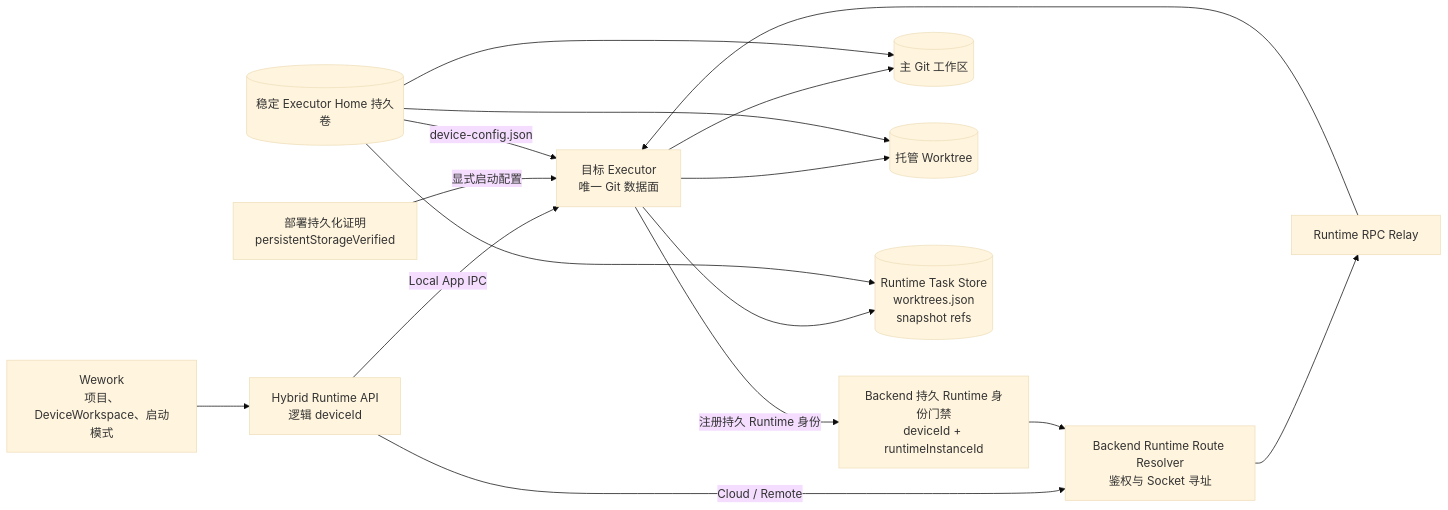
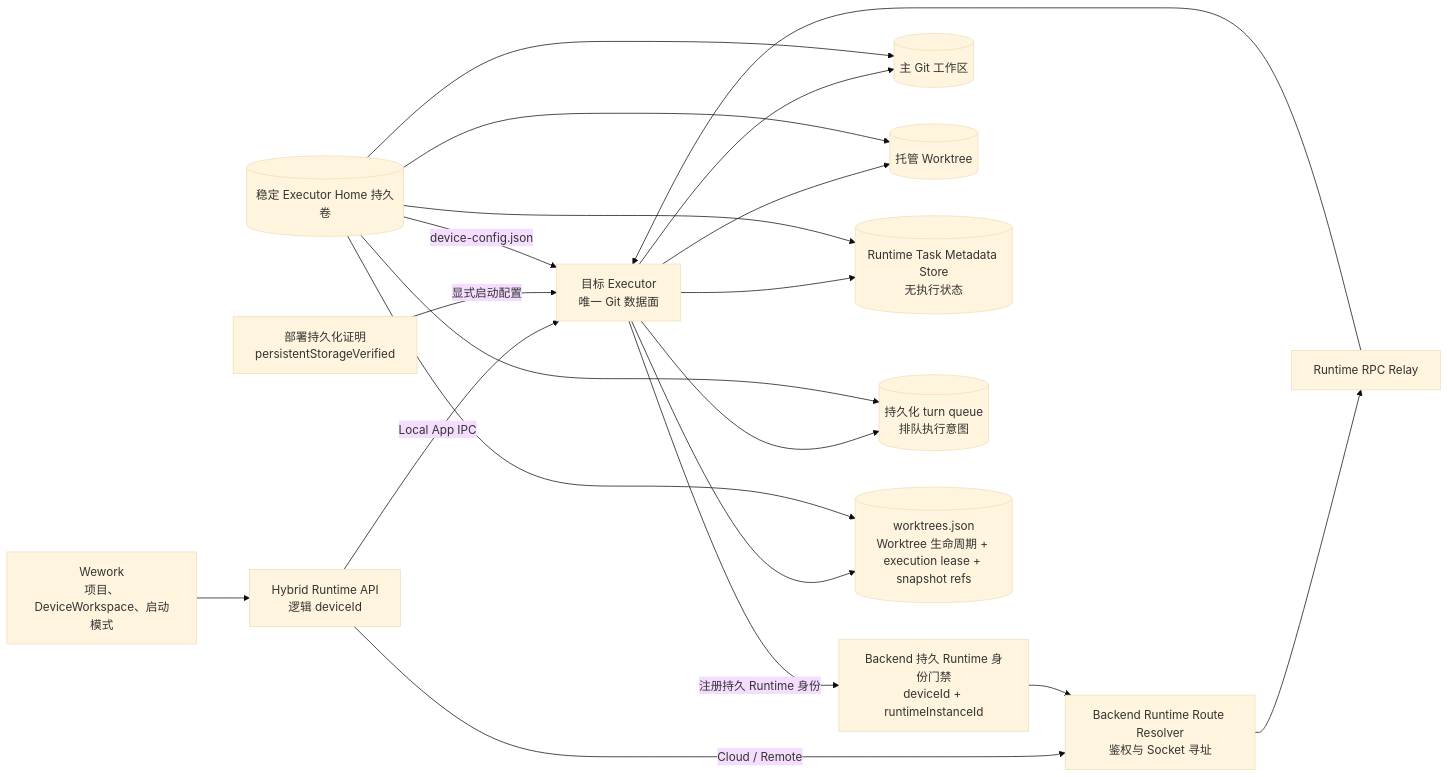
Before and after one commit to wecode-ai/wegent-docs: the first of 4 diagrams in i18n/zh/docusaurus-plugin-content-docs/current/architecture/git-worktree-execution.md, drawn with Mermaid (base theme). The commit also changed other lines of this file and 1 other file, not shown here.

````diff
--- a/i18n/zh/docusaurus-plugin-content-docs/current/architecture/git-worktree-execution.md
+++ b/i18n/zh/docusaurus-plugin-content-docs/current/architecture/git-worktree-execution.md
@@ -9,30 +9,36 @@
 ```mermaid
 flowchart LR
     UI[Wework<br/>项目、DeviceWorkspace、启动模式]
     HYBRID[Hybrid Runtime API<br/>逻辑 deviceId]
     IDENTITY[Backend 持久 Runtime 身份门禁<br/>deviceId + runtimeInstanceId]
     ROUTE[Backend Runtime Route Resolver<br/>鉴权与 Socket 寻址]
     RPC[Runtime RPC Relay]
     EXECUTOR[目标 Executor<br/>唯一 Git 数据面]
     REPO[(主 Git 工作区)]
     WORKTREE[(托管 Worktree)]
-    STATE[(Runtime Task Store<br/>worktrees.json<br/>snapshot refs)]
+    STATE[(Runtime Task Metadata Store<br/>无执行状态)]
+    EXECUTION[(持久化 turn queue<br/>排队执行意图)]
+    WORKTREE_STATE[(worktrees.json<br/>Worktree 生命周期 + execution lease + snapshot refs)]
     VOLUME[(稳定 Executor Home 持久卷)]
     ATTEST[部署持久化证明<br/>persistentStorageVerified]
 
     UI --> HYBRID
     HYBRID -->|Local App IPC| EXECUTOR
     HYBRID -->|Cloud / Remote| ROUTE
     EXECUTOR -->|注册持久 Runtime 身份| IDENTITY
     IDENTITY --> ROUTE
     ROUTE --> RPC
     RPC --> EXECUTOR
     EXECUTOR --> REPO
     EXECUTOR --> WORKTREE
     EXECUTOR --> STATE
+    EXECUTOR --> EXECUTION
+    EXECUTOR --> WORKTREE_STATE
     ATTEST -->|显式启动配置| EXECUTOR
     VOLUME --> REPO
     VOLUME --> WORKTREE
     VOLUME --> STATE
+    VOLUME --> EXECUTION
+    VOLUME --> WORKTREE_STATE
     VOLUME -->|device-config.json| EXECUTOR
 ```
````
